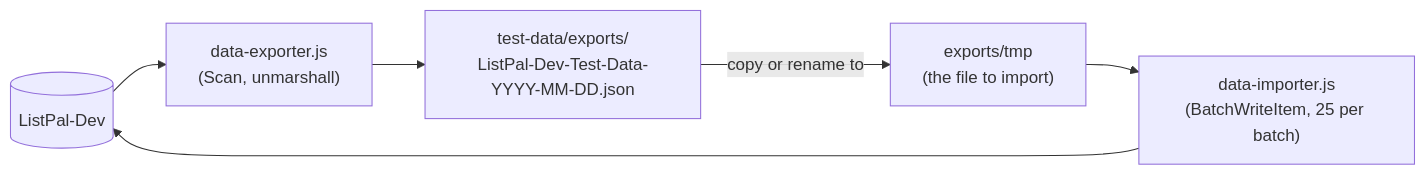
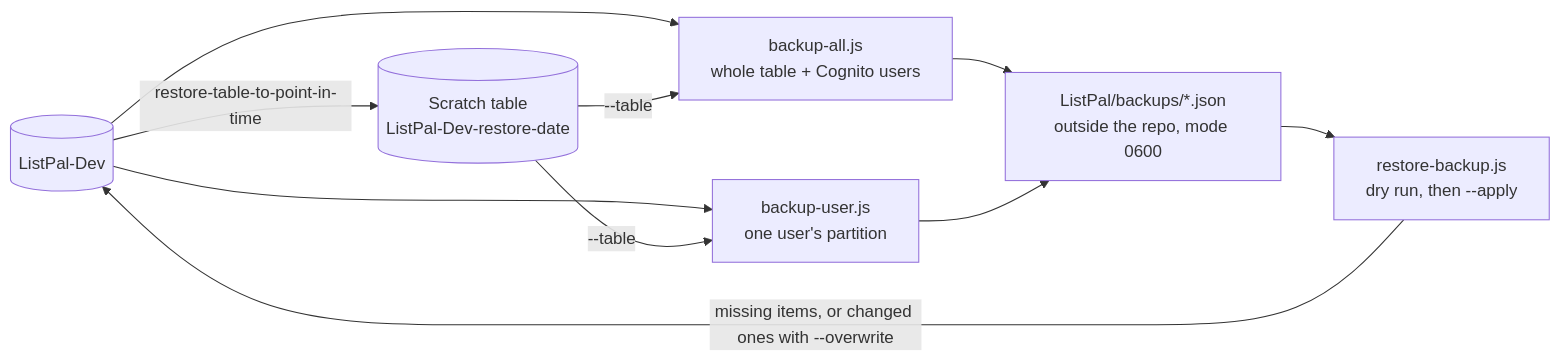
Diagram 11 of 11 in ARCHITECTURE.md (TomBenjaminMorris/listpal-backend), drawn with Mermaid before and after one commit. The commit also changed other lines of this file and 10 other files, not shown here.

First line of the commit message:
Add point-in-time recovery, deletion protection and backup scripts

````diff
--- a/ARCHITECTURE.md
+++ b/ARCHITECTURE.md
@@ -607,11 +605,18 @@
 ```mermaid
 flowchart LR
-    DDB[("ListPal-Dev")]
-    EXP["data-exporter.js<br/>(Scan, unmarshall)"]
-    FILES["test-data/exports/<br/>ListPal-Dev-Test-Data-YYYY-MM-DD.json"]
-    TMP["exports/tmp<br/>(the file to import)"]
-    IMP["data-importer.js<br/>(BatchWriteItem, 25 per batch)"]
+    LIVE[("ListPal-Dev")]
+    PITR[("Scratch table<br/>ListPal-Dev-restore-date")]
+    ALL["backup-all.js<br/>whole table + Cognito users"]
+    USER["backup-user.js<br/>one user's partition"]
+    FILES["ListPal/backups/*.json<br/>outside the repo, mode 0600"]
+    RESTORE["restore-backup.js<br/>dry run, then --apply"]
 
-    DDB --> EXP --> FILES
-    FILES -->|"copy or rename to"| TMP --> IMP --> DDB
+    LIVE -->|"restore-table-to-point-in-time"| PITR
+    LIVE --> ALL
+    LIVE --> USER
+    PITR -->|"--table"| ALL
+    PITR -->|"--table"| USER
+    ALL --> FILES
+    USER --> FILES
+    FILES --> RESTORE -->|"missing items, or changed ones with --overwrite"| LIVE
 ```
````
